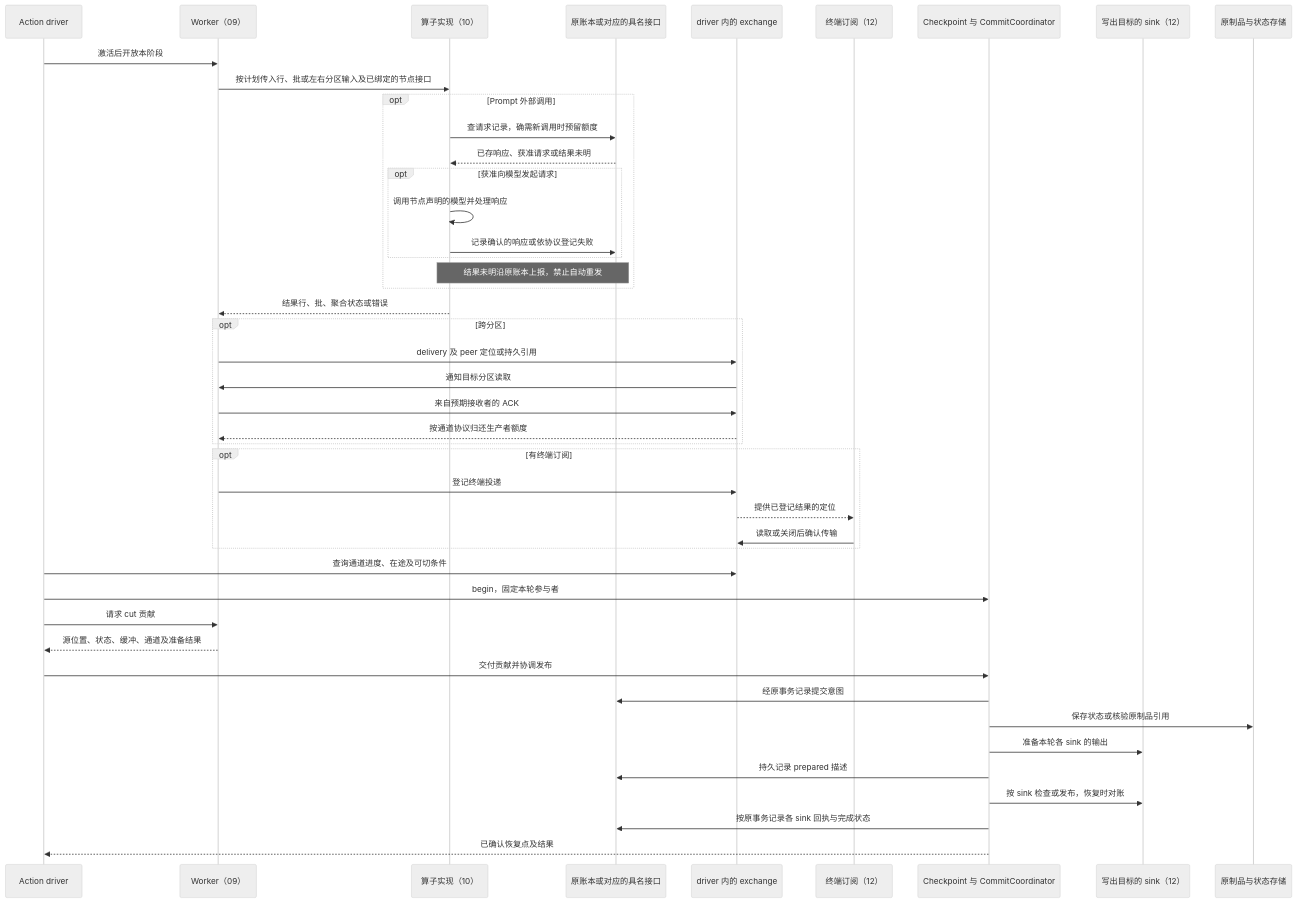
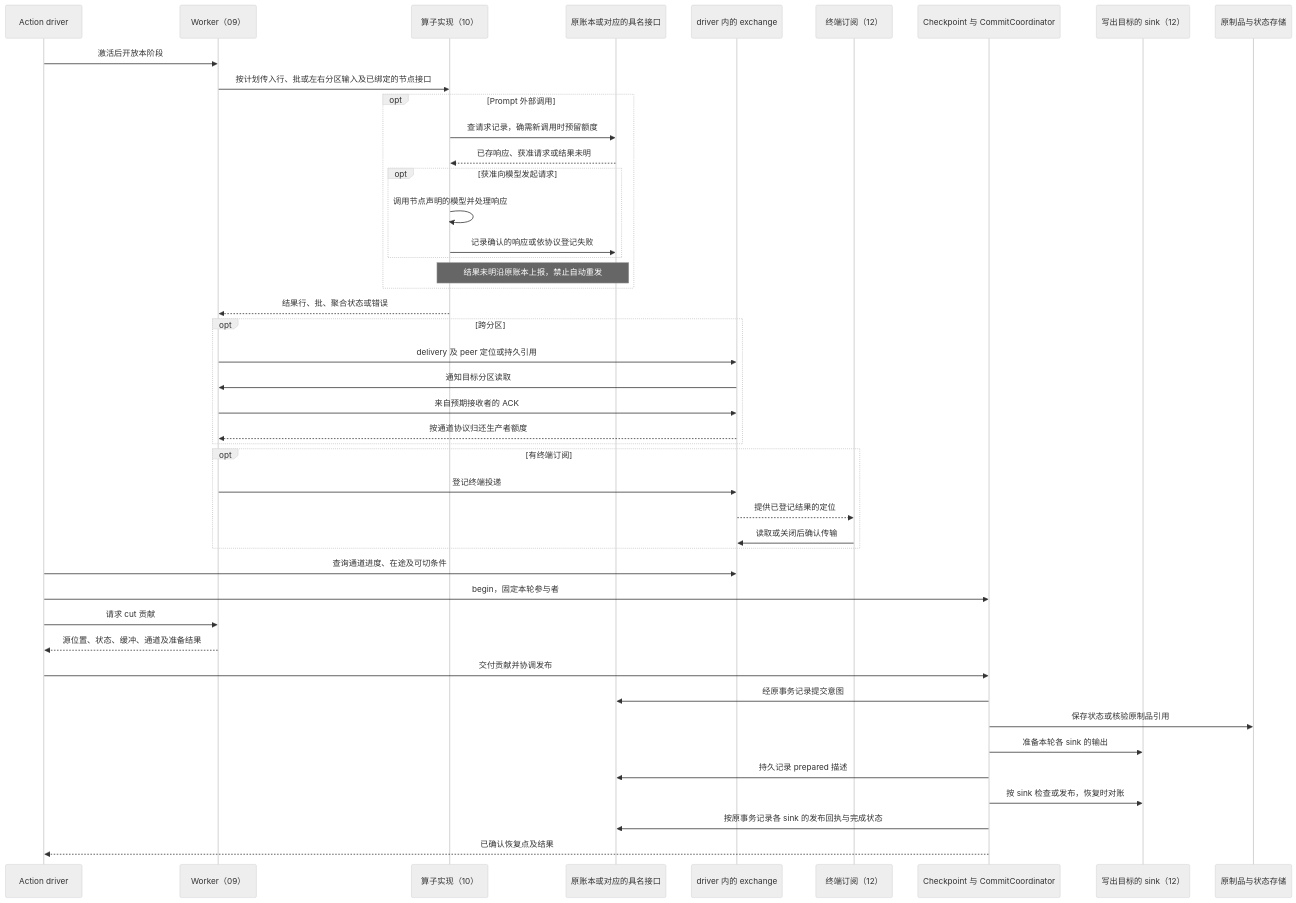
Diagram 13 of 14 in docs/demiflow-architecture.md (vincent9299/demiflow), drawn with Mermaid (neutral theme) before and after one commit. The commit also changed other lines of this file, not shown here.

Commit message:
Put inter-module contracts on sequence diagram messages

````diff
--- a/docs/demiflow-architecture.md
+++ b/docs/demiflow-architecture.md
@@ -518,47 +527,47 @@
 ```mermaid
 sequenceDiagram
     participant D as Action driver
     participant W as Worker（09）
     participant O as 算子实现（10）
     participant J as 原账本或对应的具名接口
     participant X as driver 内的 exchange
     participant T as 终端订阅（12）
     participant C as Checkpoint 与 CommitCoordinator
     participant K as 写出目标的 sink（12）
     participant S as 原制品与状态存储
     D->>W: 激活后开放本阶段
     W->>O: 按计划传入行、批或左右分区输入及已绑定的节点接口
     opt Prompt 外部调用
         O->>J: 查请求记录，确需新调用时预留额度
         J-->>O: 已存响应、获准请求或结果未明
         opt 获准向模型发起请求
             O->>O: 调用节点声明的模型并处理响应
             O->>J: 记录确认的响应或依协议登记失败
         end
         Note over O,J: 结果未明沿原账本上报，禁止自动重发
     end
     O-->>W: 结果行、批、聚合状态或错误
     opt 跨分区
         W->>X: delivery 及 peer 定位或持久引用
         X->>W: 通知目标分区读取
         W->>X: 来自预期接收者的 ACK
         X-->>W: 按通道协议归还生产者额度
     end
     opt 有终端订阅
         W->>X: 登记终端投递
         X-->>T: 提供已登记结果的定位
         T->>X: 读取或关闭后确认传输
     end
     D->>X: 查询通道进度、在途及可切条件
     D->>C: begin，固定本轮参与者
     D->>W: 请求 cut 贡献
     W-->>D: 源位置、状态、缓冲、通道及准备结果
     D->>C: 交付贡献并协调发布
     C->>J: 经原事务记录提交意图
     C->>S: 保存状态或核验原制品引用
     C->>K: 准备本轮各 sink 的输出
     C->>J: 持久记录 prepared 描述
     C->>K: 按 sink 检查或发布，恢复时对账
-    C->>J: 按原事务记录各 sink 回执与完成状态
+    C->>J: 按原事务记录各 sink 的发布回执与完成状态
     C-->>D: 已确认恢复点及结果
 ```
````
